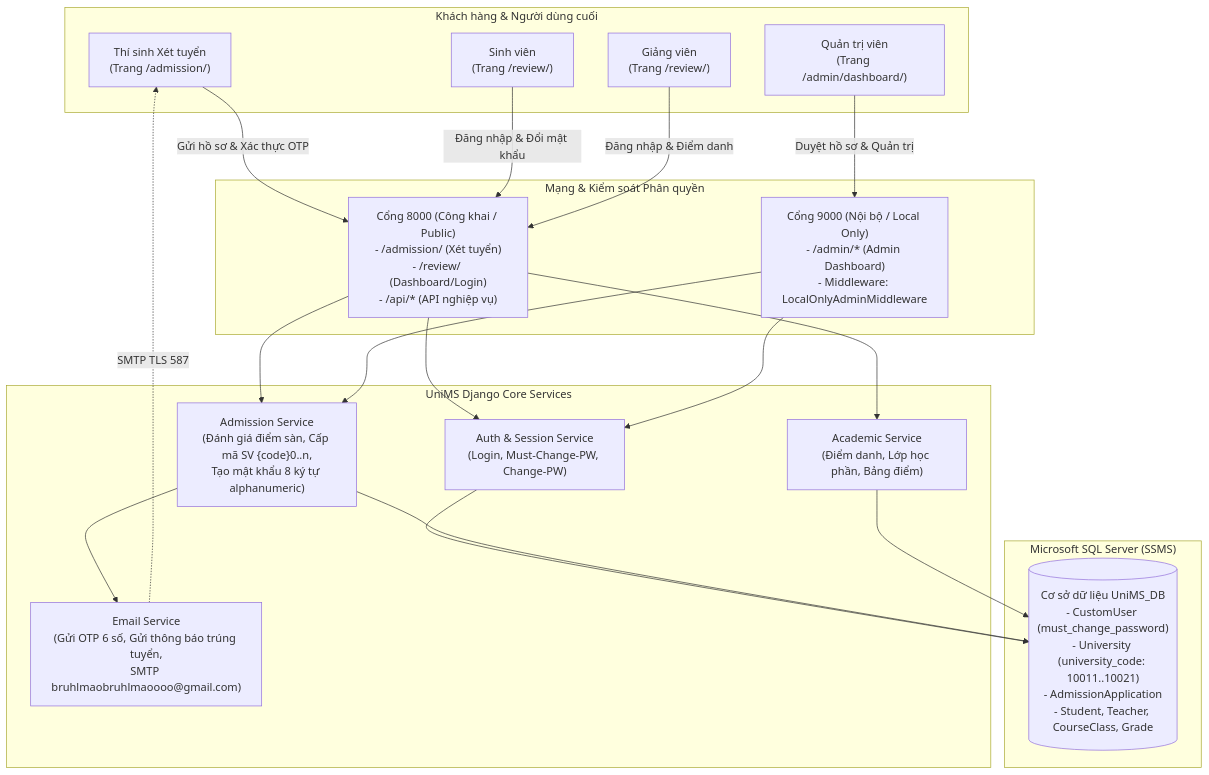
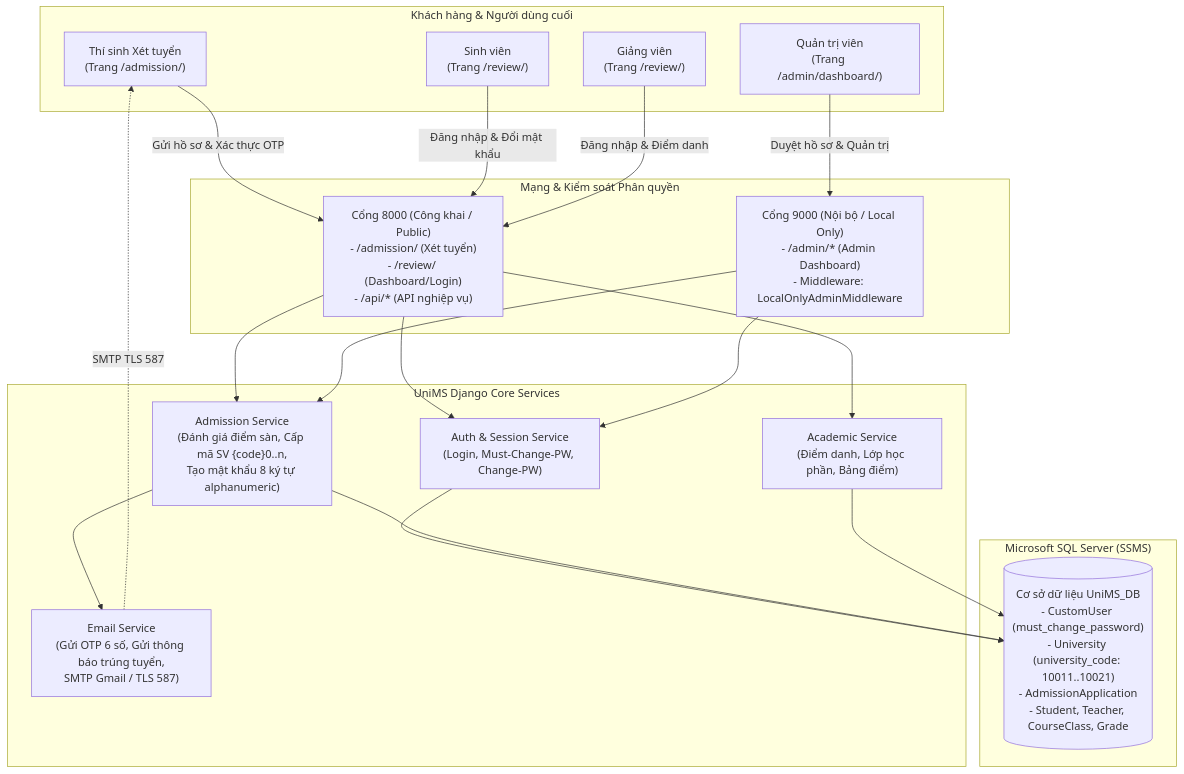
Before and after one commit to NguyenHao1312/DO_NGUYEN_HAO-24CT1-CNPM: the second of 2 diagrams in docs/Mermaid.md, drawn with Mermaid. The commit also changed 4 other files, not shown here.

````diff
--- a/docs/Mermaid.md
+++ b/docs/Mermaid.md
@@ -168,42 +168,42 @@
 ```mermaid
 flowchart TD
     subgraph CLIENTS["Khách hàng & Người dùng cuối"]
         CANDIDATE["Thí sinh Xét tuyển\n(Trang /admission/)"]
         STUDENT_USER["Sinh viên\n(Trang /review/)"]
         TEACHER_USER["Giảng viên\n(Trang /review/)"]
         ADMIN_USER["Quản trị viên\n(Trang /admin/dashboard/)"]
     end
 
     subgraph NETWORK["Mạng & Kiểm soát Phân quyền"]
         PORT_8000["Cổng 8000 (Công khai / Public)\n- /admission/ (Xét tuyển)\n- /review/ (Dashboard/Login)\n- /api/* (API nghiệp vụ)"]
         PORT_9000["Cổng 9000 (Nội bộ / Local Only)\n- /admin/* (Admin Dashboard)\n- Middleware: LocalOnlyAdminMiddleware"]
     end
 
     subgraph APPLICATION_SERVICES["UniMS Django Core Services"]
         AUTH_SVC["Auth & Session Service\n(Login, Must-Change-PW, Change-PW)"]
         ADMISSION_SVC["Admission Service\n(Đánh giá điểm sàn, Cấp mã SV {code}0..n,\nTạo mật khẩu 8 ký tự alphanumeric)"]
-        EMAIL_SVC["Email Service\n(Gửi OTP 6 số, Gửi thông báo trúng tuyển,\nSMTP bruhlmaobruhlmaoooo@gmail.com)"]
+        EMAIL_SVC["Email Service\n(Gửi OTP 6 số, Gửi thông báo trúng tuyển,\nSMTP Gmail / TLS 587)"]
         ACADEMIC_SVC["Academic Service\n(Điểm danh, Lớp học phần, Bảng điểm)"]
     end
 
     subgraph DATABASE["Microsoft SQL Server (SSMS)"]
         DB_TABLES[("Cơ sở dữ liệu UniMS_DB\n- CustomUser (must_change_password)\n- University (university_code: 10011..10021)\n- AdmissionApplication\n- Student, Teacher, CourseClass, Grade")]
     end
 
     CANDIDATE -->|Gửi hồ sơ & Xác thực OTP| PORT_8000
     STUDENT_USER -->|Đăng nhập & Đổi mật khẩu| PORT_8000
     TEACHER_USER -->|Đăng nhập & Điểm danh| PORT_8000
     ADMIN_USER -->|Duyệt hồ sơ & Quản trị| PORT_9000
 
     PORT_8000 --> AUTH_SVC
     PORT_8000 --> ADMISSION_SVC
     PORT_8000 --> ACADEMIC_SVC
     PORT_9000 --> ADMISSION_SVC
     PORT_9000 --> AUTH_SVC
 
     ADMISSION_SVC --> EMAIL_SVC
     EMAIL_SVC -.->|SMTP TLS 587| CANDIDATE
     AUTH_SVC --> DB_TABLES
     ADMISSION_SVC --> DB_TABLES
     ACADEMIC_SVC --> DB_TABLES
 ```
````
